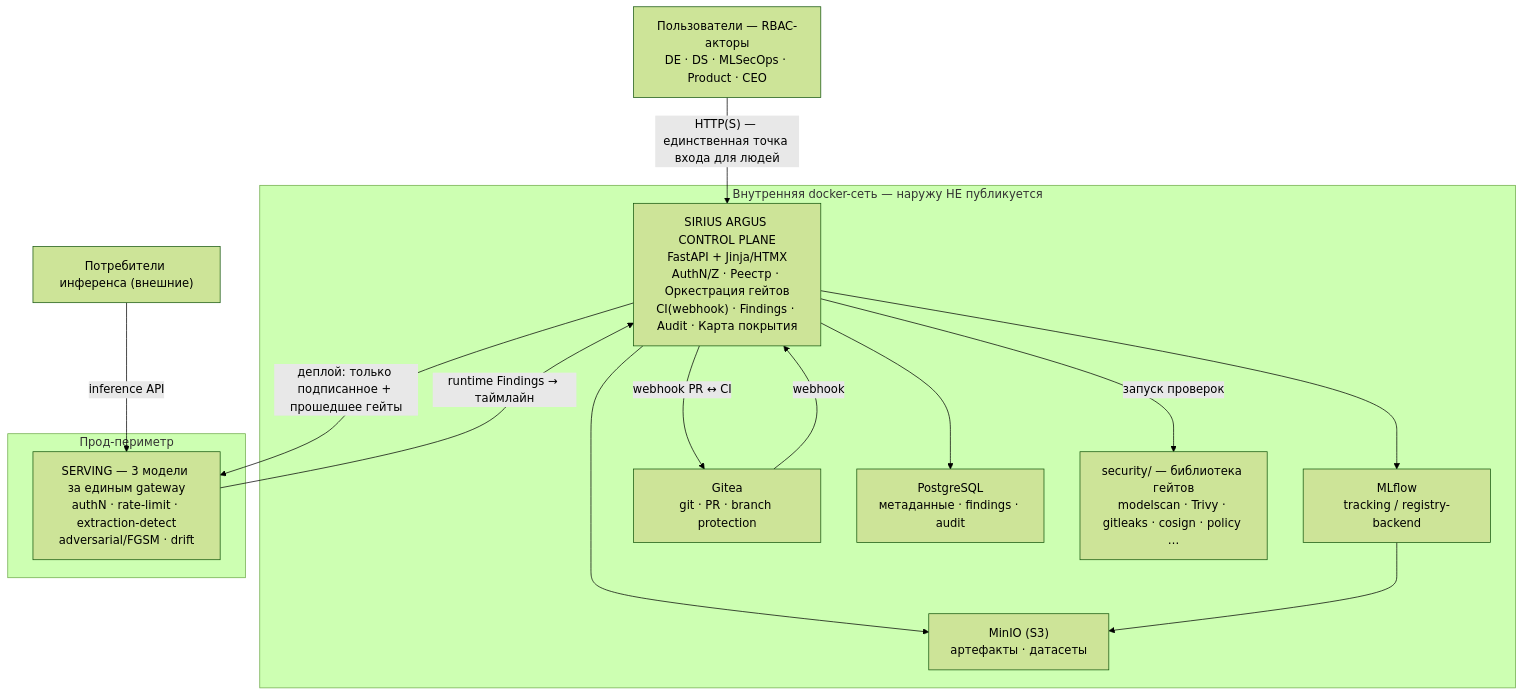
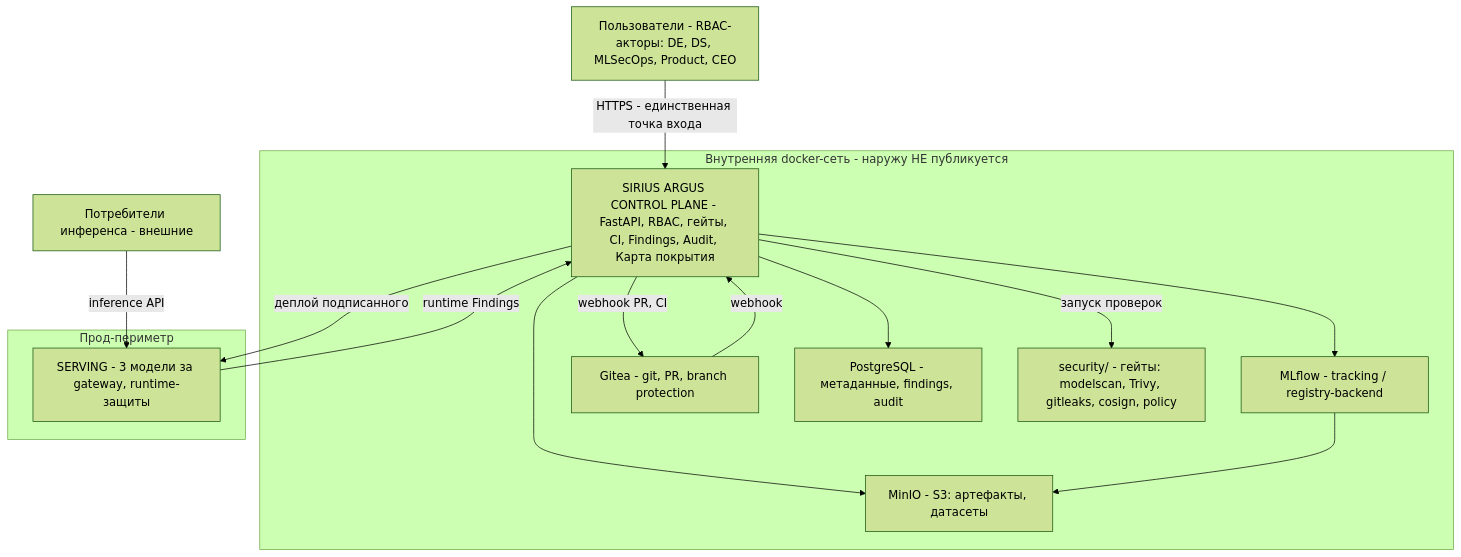
One commit to dmagog/Sirius-Argus changed the second of 8 diagrams in docs/architecture.md. Above: the diagram before and after it, drawn with Mermaid (forest theme). The commit also changed other lines of this file and 1 other file, not shown here.

First line of the commit message:
fix(docs): mermaid под GitLab 11.13.0 + хуманизация README

````diff
--- a/docs/architecture.md
+++ b/docs/architecture.md
@@ -78,30 +80,27 @@
 ```mermaid
 flowchart TB
-    U["Пользователи — RBAC-акторы<br/>DE · DS · MLSecOps · Product · CEO"]
-    CONS["Потребители инференса (внешние)"]
-
-    subgraph INT["Внутренняя docker-сеть — наружу НЕ публикуется"]
-        CP["SIRIUS ARGUS CONTROL PLANE<br/>FastAPI + Jinja/HTMX<br/>AuthN/Z · Реестр · Оркестрация гейтов<br/>CI(webhook) · Findings · Audit · Карта покрытия"]
-        ML["MLflow<br/>tracking / registry-backend"]
-        MO["MinIO (S3)<br/>артефакты · датасеты"]
-        GT["Gitea<br/>git · PR · branch protection"]
-        PG["PostgreSQL<br/>метаданные · findings · audit"]
-        SEC["security/ — библиотека гейтов<br/>modelscan · Trivy · gitleaks · cosign · policy …"]
+    U["Пользователи - RBAC-акторы: DE, DS, MLSecOps, Product, CEO"]
+    CONS["Потребители инференса - внешние"]
+    subgraph INT["Внутренняя docker-сеть - наружу НЕ публикуется"]
+        CP["SIRIUS ARGUS CONTROL PLANE - FastAPI, RBAC, гейты, CI, Findings, Audit, Карта покрытия"]
+        ML["MLflow - tracking / registry-backend"]
+        MO["MinIO - S3: артефакты, датасеты"]
+        GT["Gitea - git, PR, branch protection"]
+        PG["PostgreSQL - метаданные, findings, audit"]
+        SEC["security/ - гейты: modelscan, Trivy, gitleaks, cosign, policy"]
     end
-
-    subgraph PROD["Прод-периметр"]
-        SV["SERVING — 3 модели за единым gateway<br/>authN · rate-limit · extraction-detect<br/>adversarial/FGSM · drift"]
+    subgraph PRODSG["Прод-периметр"]
+        SV["SERVING - 3 модели за gateway, runtime-защиты"]
     end
-
-    U -->|"HTTP(S) — единственная точка входа для людей"| CP
+    U -->|"HTTPS - единственная точка входа"| CP
     CP --> ML
     CP --> MO
     CP --> PG
-    CP -->|"webhook PR ↔ CI"| GT
+    CP -->|"webhook PR, CI"| GT
     GT -->|"webhook"| CP
     CP -->|"запуск проверок"| SEC
     ML --> MO
-    CP -->|"деплой: только подписанное + прошедшее гейты"| SV
-    SV -->|"runtime Findings → таймлайн"| CP
+    CP -->|"деплой подписанного"| SV
+    SV -->|"runtime Findings"| CP
     CONS -->|"inference API"| SV
 ```
````
